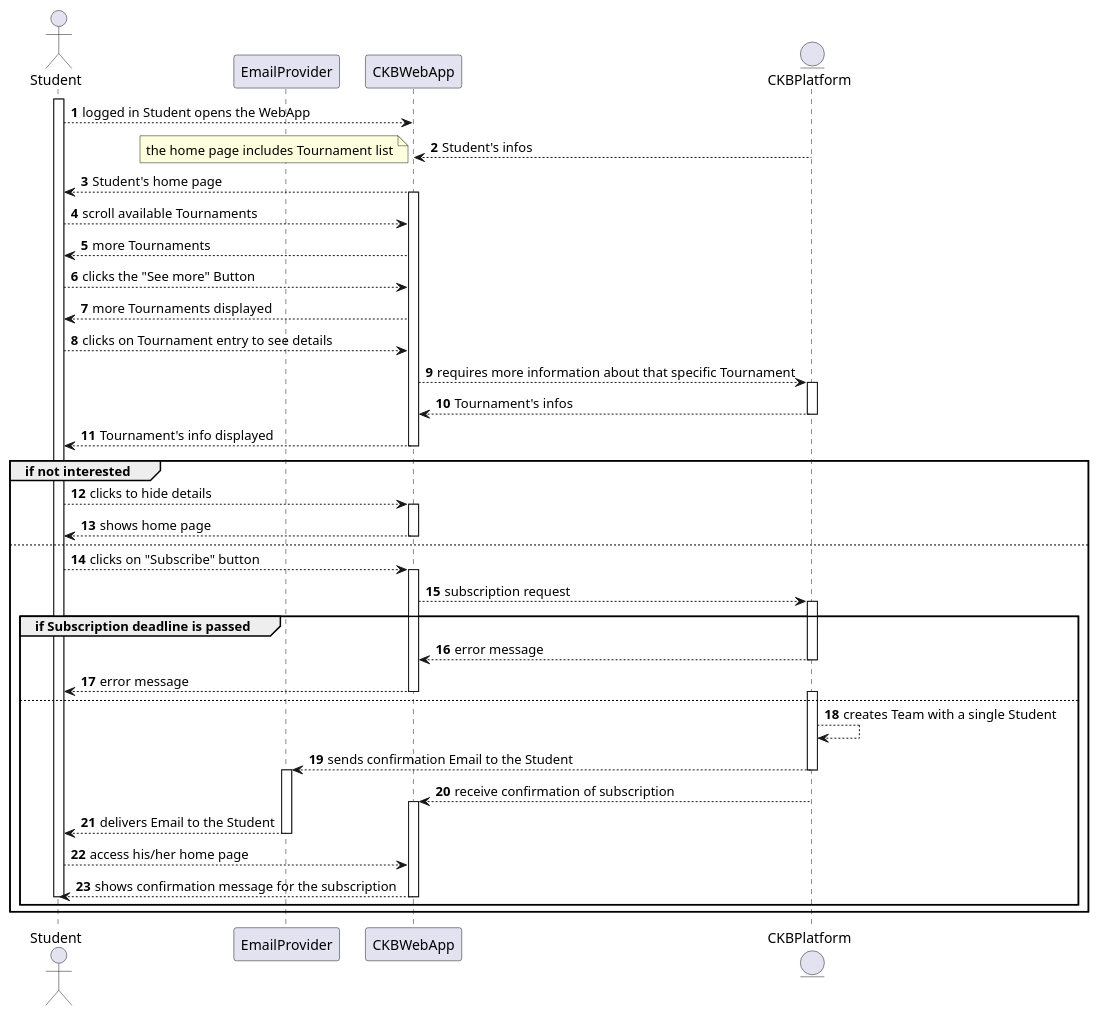
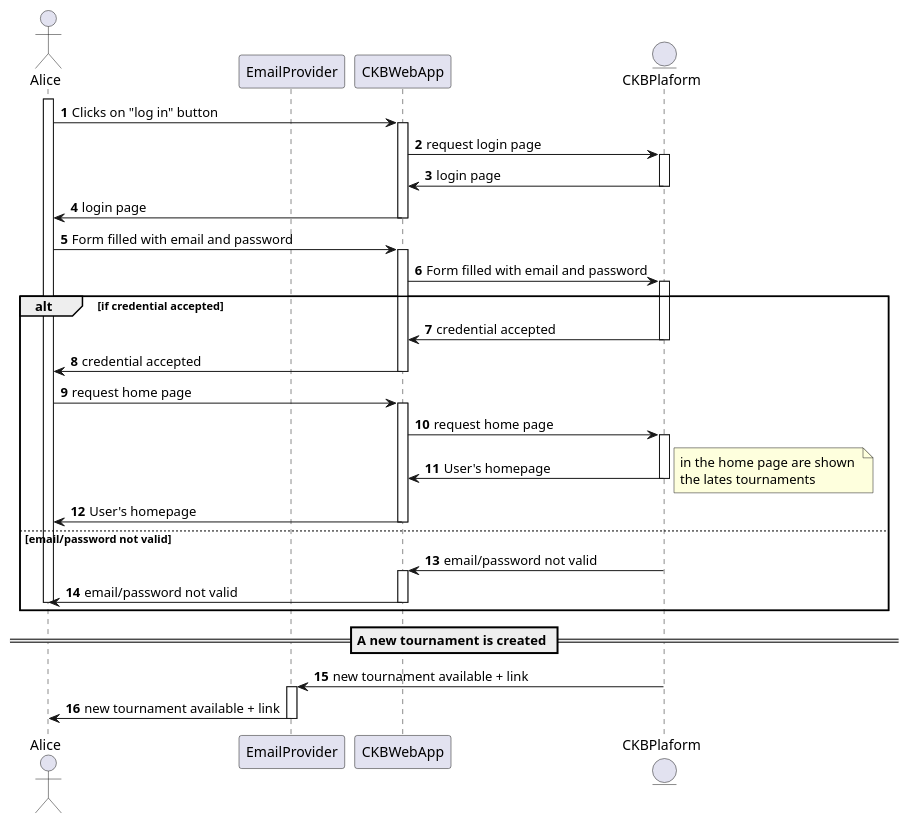
The diagram in _RASD/Images/UML/sequenceDiagram/sequenceDiagramUC2.wsd (Angelo7672/SE2_Requirement-and-Design-Document), drawn with PlantUML before and after one commit. The commit also changed 10 other files, not shown here.

Commit message:
sequence diagram number fix

```diff
--- a/_RASD/Images/UML/sequenceDiagram/sequenceDiagramUC2.wsd
+++ b/_RASD/Images/UML/sequenceDiagram/sequenceDiagramUC2.wsd
@@ -1,61 +1,60 @@
 @startuml
+
 autonumber
-actor Student as S
-participant EmailProvider as E
-participant CKBWebApp as A
-entity CKBPlatform as P
+
+actor Alice
+participant EmailProvider as Email
+participant CKBWebApp as App
+entity CKBPlaform as Platform
+
+activate Alice
+Alice -> App: Clicks on "log in" button
+activate App
+App -> Platform: request login page
+activate Platform
+Platform -> App: login page
+deactivate Platform
+App -> Alice: login page
+deactivate App
+Alice -> App: Form filled with email and password
+activate App
+App -> Platform: Form filled with email and password
+activate Platform
+
+alt if credential accepted
+    Platform -> App: credential accepted
+    deactivate Platform
+    App -> Alice: credential accepted
+    deactivate App
+    Alice -> App: request home page
+    activate App
+    App -> Platform: request home page
+    activate Platform
+    Platform -> App: User's homepage
+    deactivate Platform
+    note right
+        in the home page are shown 
+        the lates tournaments
+    end note
+    App -> Alice: User's homepage
+    deactivate App
+else email/password not valid
+    Platform -> App: email/password not valid
+    deactivate Platform
+    activate App
+    App -> Alice: email/password not valid
+    deactivate App
+    deactivate Alice
+end
 
 
-activate S
-S--->A: logged in Student opens the WebApp
 
-A<---P: Student's infos
-deactivate P
-note left
-    the home page includes Tournament list
-end note
-S<---A: Student's home page
-activate A
-S--->A: scroll available Tournaments
-S<---A: more Tournaments
-S--->A: clicks the "See more" Button
-S<---A: more Tournaments displayed
-S--->A: clicks on Tournament entry to see details
-A--->P: requires more information about that specific Tournament
-activate P
-A<---P: Tournament's infos
-deactivate P
-S<---A: Tournament's info displayed
-deactivate A
-group if not interested
-    S--->A: clicks to hide details
-    activate A
-    S<---A: shows home page
-    deactivate A
-else 
-    S--->A: clicks on "Subscribe" button
-    activate A
-    A--->P: subscription request
-    activate P
-    group if Subscription deadline is passed
-        P--->A: error message
-        deactivate P
-        S<--A: error message
-        deactivate A
-    else
-        activate P
-        P--->P: creates Team with a single Student
-        P--->E: sends confirmation Email to the Student
-        deactivate P
-        activate E
-        A<---P: receive confirmation of subscription
-        activate A
-        E--->S: delivers Email to the Student
-        deactivate E
-        S--->A: access his/her home page
-        S<---A: shows confirmation message for the subscription
-        deactivate A
-        deactivate S
-    end
-end
+
+
+== A new tournament is created ==
+Platform -> Email: new tournament available + link
+activate Email
+Email -> Alice: new tournament available + link
+deactivate Email
+
 @enduml
```
